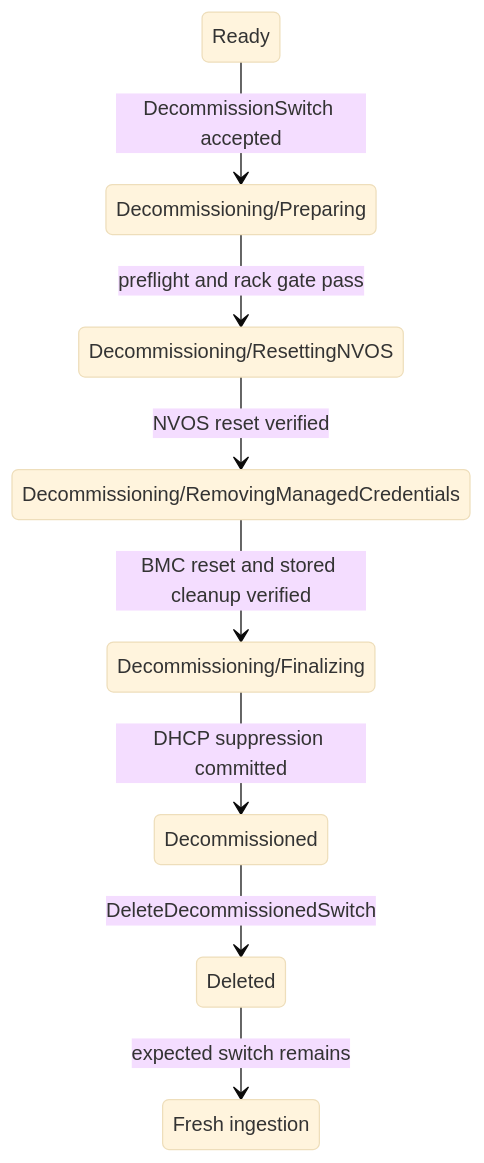
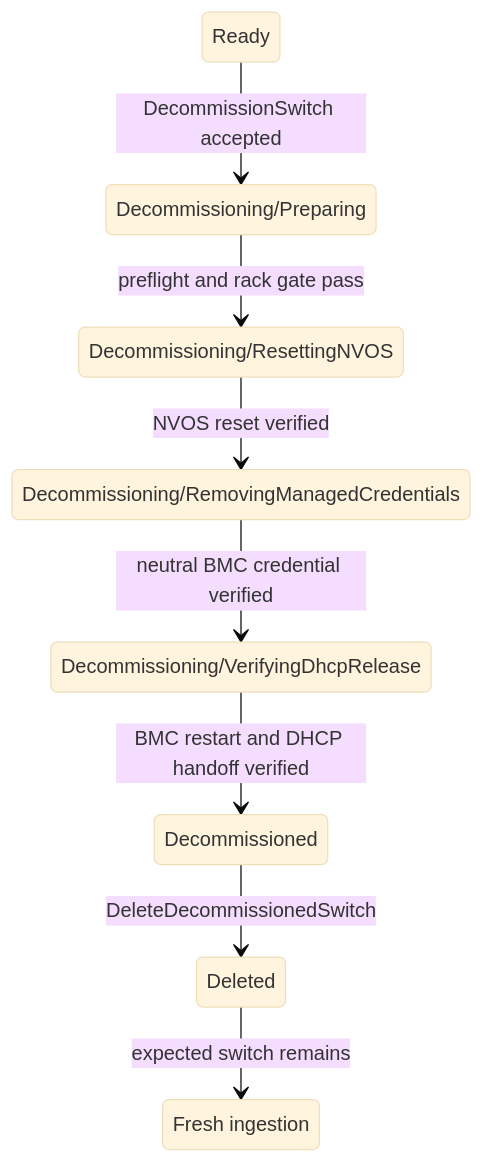
One commit to NVIDIA/bare-metal-manager-core changed the diagram in docs/design/decommissioning/managed-switch-decommissioning.md. Above: the diagram before and after it, drawn with Mermaid (base theme). The commit also changed other lines of this file and 4 other files, not shown here.

Commit message:
verify DHCP release on the BMC end

````diff
--- a/docs/design/decommissioning/managed-switch-decommissioning.md
+++ b/docs/design/decommissioning/managed-switch-decommissioning.md
@@ -70,19 +70,19 @@
 ```mermaid
 stateDiagram-v2
     state "Ready" as Ready
     state "Decommissioning/Preparing" as Preparing
     state "Decommissioning/ResettingNVOS" as ResettingNVOS
     state "Decommissioning/RemovingManagedCredentials" as RemovingCredentials
-    state "Decommissioning/Finalizing" as Finalizing
+    state "Decommissioning/VerifyingDhcpRelease" as VerifyingDhcpRelease
     state "Decommissioned" as Decommissioned
     state "Deleted" as Deleted
     state "Fresh ingestion" as FreshIngestion
 
     Ready --> Preparing : DecommissionSwitch accepted
     Preparing --> ResettingNVOS : preflight and rack gate pass
     ResettingNVOS --> RemovingCredentials : NVOS reset verified
-    RemovingCredentials --> Finalizing : BMC reset and stored cleanup verified
-    Finalizing --> Decommissioned : DHCP suppression committed
+    RemovingCredentials --> VerifyingDhcpRelease : neutral BMC credential verified
+    VerifyingDhcpRelease --> Decommissioned : BMC restart and DHCP handoff verified
     Decommissioned --> Deleted : DeleteDecommissionedSwitch
     Deleted --> FreshIngestion : expected switch remains
 ```
````
